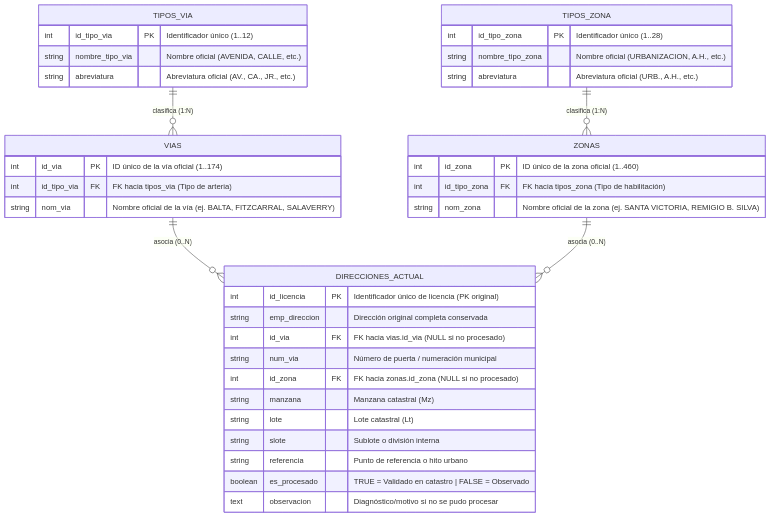
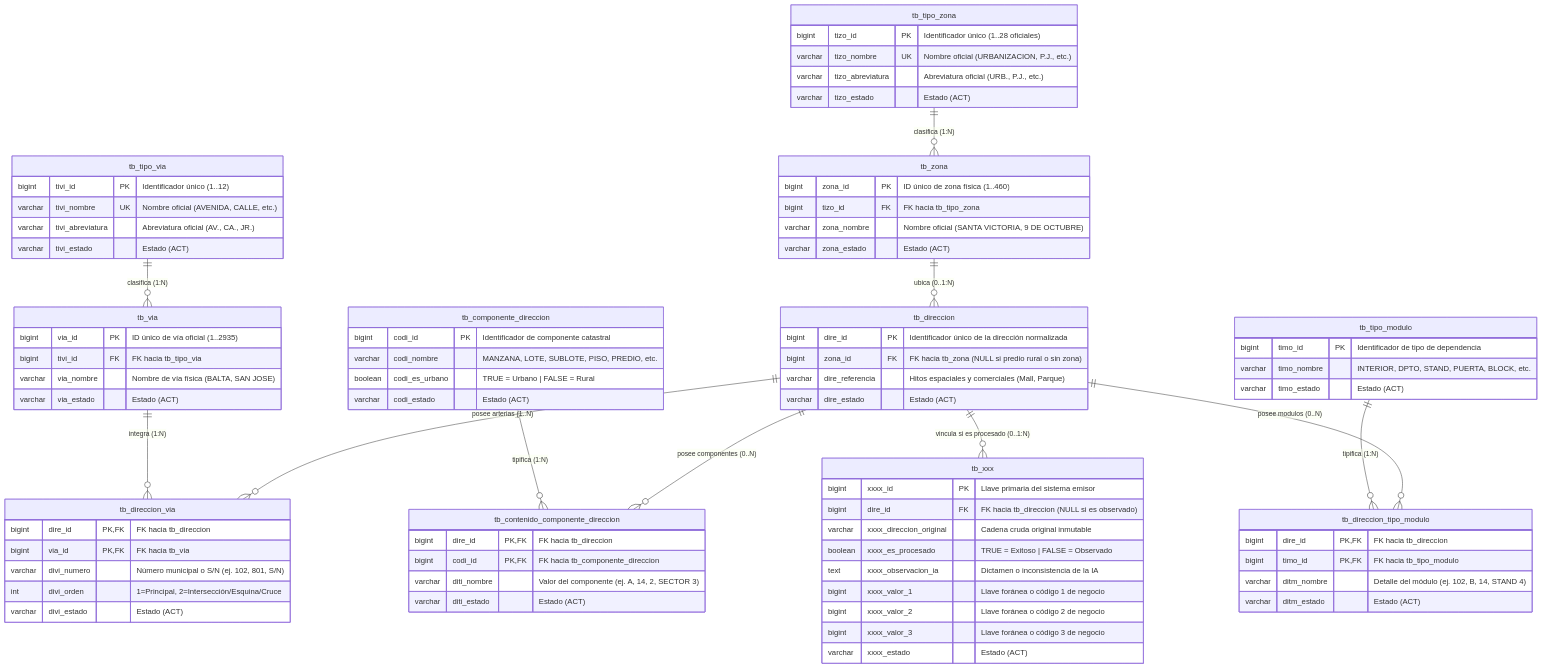
The diagram in docs/DIAGRAMA_BASE_DE_DATOS.md (Chungm7/ETL_DIRECCIONES), drawn with Mermaid before and after one commit. The commit also changed other lines of this file and 23 other files, not shown here.

````diff
--- a/docs/DIAGRAMA_BASE_DE_DATOS.md
+++ b/docs/DIAGRAMA_BASE_DE_DATOS.md
@@ -9,45 +28,99 @@
 ```mermaid
 erDiagram
-    TIPOS_VIA ||--o{ VIAS : "clasifica (1:N)"
-    TIPOS_ZONA ||--o{ ZONAS : "clasifica (1:N)"
-    VIAS ||--o{ DIRECCIONES_ACTUAL : "asocia (0..N)"
-    ZONAS ||--o{ DIRECCIONES_ACTUAL : "asocia (0..N)"
+    tb_tipo_via ||--o{ tb_via : "clasifica (1:N)"
+    tb_tipo_zona ||--o{ tb_zona : "clasifica (1:N)"
+    tb_zona ||--o{ tb_direccion : "ubica (0..1:N)"
+    
+    tb_direccion ||--o{ tb_direccion_via : "posee arterias (1..N)"
+    tb_via ||--o{ tb_direccion_via : "integra (1:N)"
+    
+    tb_direccion ||--o{ tb_contenido_componente_direccion : "posee componentes (0..N)"
+    tb_componente_direccion ||--o{ tb_contenido_componente_direccion : "tipifica (1:N)"
+    
+    tb_direccion ||--o{ tb_direccion_tipo_modulo : "posee modulos (0..N)"
+    tb_tipo_modulo ||--o{ tb_direccion_tipo_modulo : "tipifica (1:N)"
+    
+    tb_direccion ||--o{ tb_xxx : "vincula si es procesado (0..1:N)"
 
-    TIPOS_VIA {
-        int id_tipo_via PK "Identificador único (1..12)"
-        string nombre_tipo_via "Nombre oficial (AVENIDA, CALLE, etc.)"
-        string abreviatura "Abreviatura oficial (AV., CA., JR., etc.)"
+    tb_tipo_via {
+        bigint tivi_id PK "Identificador único (1..12)"
+        varchar tivi_nombre UK "Nombre oficial (AVENIDA, CALLE, etc.)"
+        varchar tivi_abreviatura "Abreviatura oficial (AV., CA., JR.)"
+        varchar tivi_estado "Estado (ACT)"
     }
 
-    TIPOS_ZONA {
-        int id_tipo_zona PK "Identificador único (1..28)"
-        string nombre_tipo_zona "Nombre oficial (URBANIZACION, A.H., etc.)"
-        string abreviatura "Abreviatura oficial (URB., A.H., etc.)"
+    tb_via {
+        bigint via_id PK "ID único de vía oficial (1..2935)"
+        bigint tivi_id FK "FK hacia tb_tipo_via"
+        varchar via_nombre "Nombre de vía física (BALTA, SAN JOSE)"
+        varchar via_estado "Estado (ACT)"
     }
 
-    VIAS {
-        int id_via PK "ID único de la vía oficial (1..174)"
-        int id_tipo_via FK "FK hacia tipos_via (Tipo de arteria)"
-        string nom_via "Nombre oficial de la vía (ej. BALTA, FITZCARRAL, SALAVERRY)"
+    tb_tipo_zona {
+        bigint tizo_id PK "Identificador único (1..28 oficiales)"
+        varchar tizo_nombre UK "Nombre oficial (URBANIZACION, P.J., etc.)"
+        varchar tizo_abreviatura "Abreviatura oficial (URB., P.J., etc.)"
+        varchar tizo_estado "Estado (ACT)"
     }
 
-    ZONAS {
-        int id_zona PK "ID único de la zona oficial (1..460)"
-        int id_tipo_zona FK "FK hacia tipos_zona (Tipo de habilitación)"
-        string nom_zona "Nombre oficial de la zona (ej. SANTA VICTORIA, REMIGIO B. SILVA)"
+    tb_zona {
+        bigint zona_id PK "ID único de zona física (1..460)"
+        bigint tizo_id FK "FK hacia tb_tipo_zona"
+        varchar zona_nombre "Nombre oficial (SANTA VICTORIA, 9 DE OCTUBRE)"
+        varchar zona_estado "Estado (ACT)"
     }
 
-    DIRECCIONES_ACTUAL {
-        int id_licencia PK "Identificador único de licencia (PK original)"
-        string emp_direccion "Dirección original completa conservada"
-        int id_via FK "FK hacia vias.id_via (NULL si no procesado)"
-        string num_via "Número de puerta / numeración municipal"
-        int id_zona FK "FK hacia zonas.id_zona (NULL si no procesado)"
-        string manzana "Manzana catastral (Mz)"
-        string lote "Lote catastral (Lt)"
-        string slote "Sublote o división interna"
-        string referencia "Punto de referencia o hito urbano"
-        boolean es_procesado "TRUE = Validado en catastro | FALSE = Observado"
-        text observacion "Diagnóstico/motivo si no se pudo procesar"
+    tb_direccion {
+        bigint dire_id PK "Identificador único de la dirección normalizada"
+        bigint zona_id FK "FK hacia tb_zona (NULL si predio rural o sin zona)"
+        varchar dire_referencia "Hitos espaciales y comerciales (Mall, Parque)"
+        varchar dire_estado "Estado (ACT)"
+    }
+
+    tb_direccion_via {
+        bigint dire_id PK,FK "FK hacia tb_direccion"
+        bigint via_id PK,FK "FK hacia tb_via"
+        varchar divi_numero "Número municipal o S/N (ej. 102, 801, S/N)"
+        int divi_orden "1=Principal, 2=Intersección/Esquina/Cruce"
+        varchar divi_estado "Estado (ACT)"
+    }
+
+    tb_componente_direccion {
+        bigint codi_id PK "Identificador de componente catastral"
+        varchar codi_nombre "MANZANA, LOTE, SUBLOTE, PISO, PREDIO, etc."
+        boolean codi_es_urbano "TRUE = Urbano | FALSE = Rural"
+        varchar codi_estado "Estado (ACT)"
+    }
+
+    tb_contenido_componente_direccion {
+        bigint dire_id PK,FK "FK hacia tb_direccion"
+        bigint codi_id PK,FK "FK hacia tb_componente_direccion"
+        varchar diti_nombre "Valor del componente (ej. A, 14, 2, SECTOR 3)"
+        varchar diti_estado "Estado (ACT)"
+    }
+
+    tb_tipo_modulo {
+        bigint timo_id PK "Identificador de tipo de dependencia"
+        varchar timo_nombre "INTERIOR, DPTO, STAND, PUERTA, BLOCK, etc."
+        varchar timo_estado "Estado (ACT)"
+    }
+
+    tb_direccion_tipo_modulo {
+        bigint dire_id PK,FK "FK hacia tb_direccion"
+        bigint timo_id PK,FK "FK hacia tb_tipo_modulo"
+        varchar ditm_nombre "Detalle del módulo (ej. 102, B, 14, STAND 4)"
+        varchar ditm_estado "Estado (ACT)"
+    }
+
+    tb_xxx {
+        bigint xxxx_id PK "Llave primaria del sistema emisor"
+        bigint dire_id FK "FK hacia tb_direccion (NULL si es observado)"
+        varchar xxxx_direccion_original "Cadena cruda original inmutable"
+        boolean xxxx_es_procesado "TRUE = Exitoso | FALSE = Observado"
+        text xxxx_observacion_ia "Dictamen o inconsistencia de la IA"
+        bigint xxxx_valor_1 "Llave foránea o código 1 de negocio"
+        bigint xxxx_valor_2 "Llave foránea o código 2 de negocio"
+        bigint xxxx_valor_3 "Llave foránea o código 3 de negocio"
+        varchar xxxx_estado "Estado (ACT)"
     }
 ```
````
